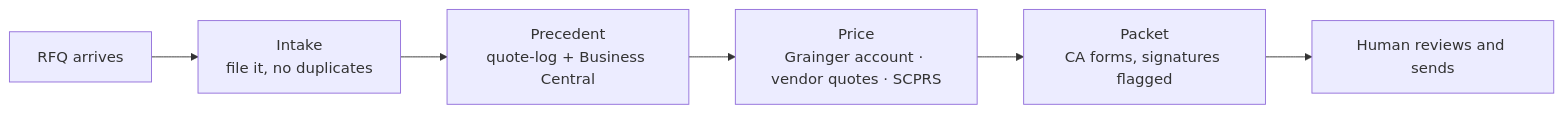
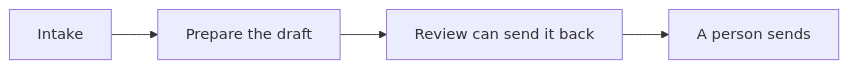
The diagram in README.md (Black-Box-Safety/bbs-claude-marketplace), drawn with Mermaid before and after one commit. The commit also changed other lines of this file and 4 other files, not shown here.

````diff
--- a/README.md
+++ b/README.md
@@ -83,8 +93,6 @@
 ```mermaid
 flowchart LR
-  A["RFQ arrives"] --> B["Intake<br/>file it, no duplicates"]
-  B --> C["Precedent<br/>quote-log + Business Central"]
-  C --> D["Price<br/>Grainger account · vendor quotes · SCPRS"]
-  D --> E["Packet<br/>CA forms, signatures flagged"]
-  E --> F["Human reviews and sends"]
+  A["Intake"] --> B["Prepare the draft"]
+  B --> C["Review can send it back"]
+  C --> D["A person sends"]
 ```
````
